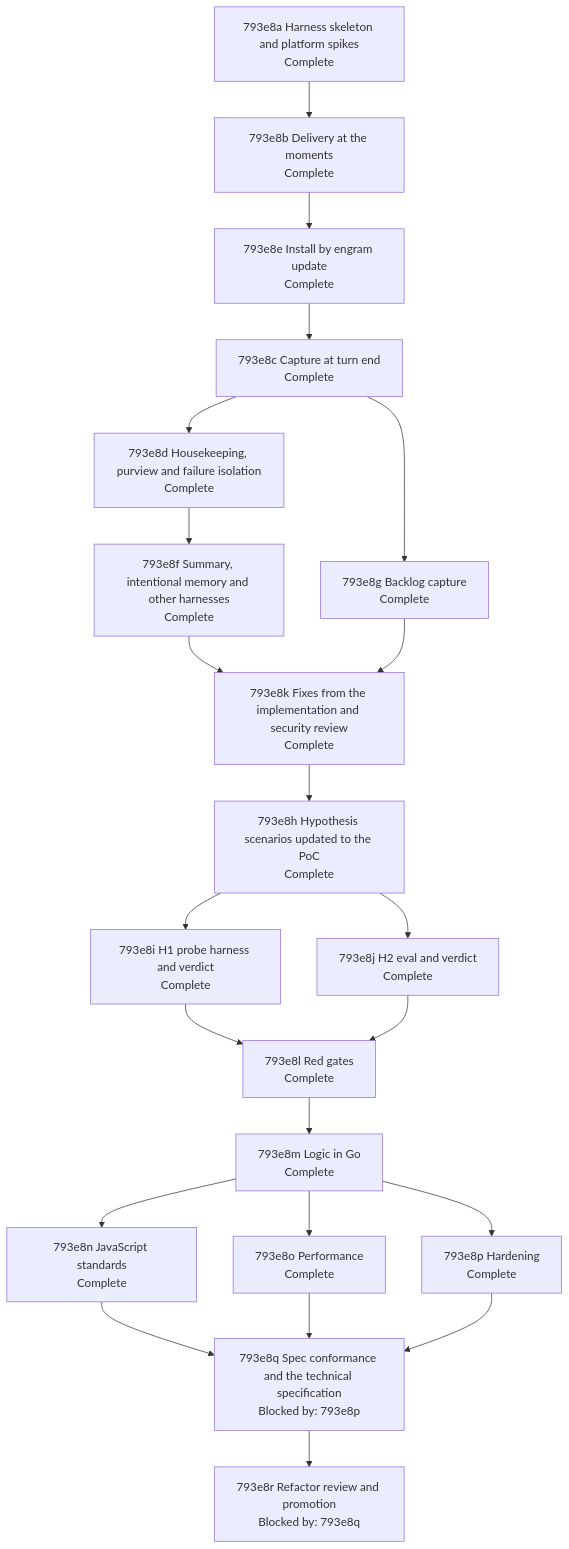
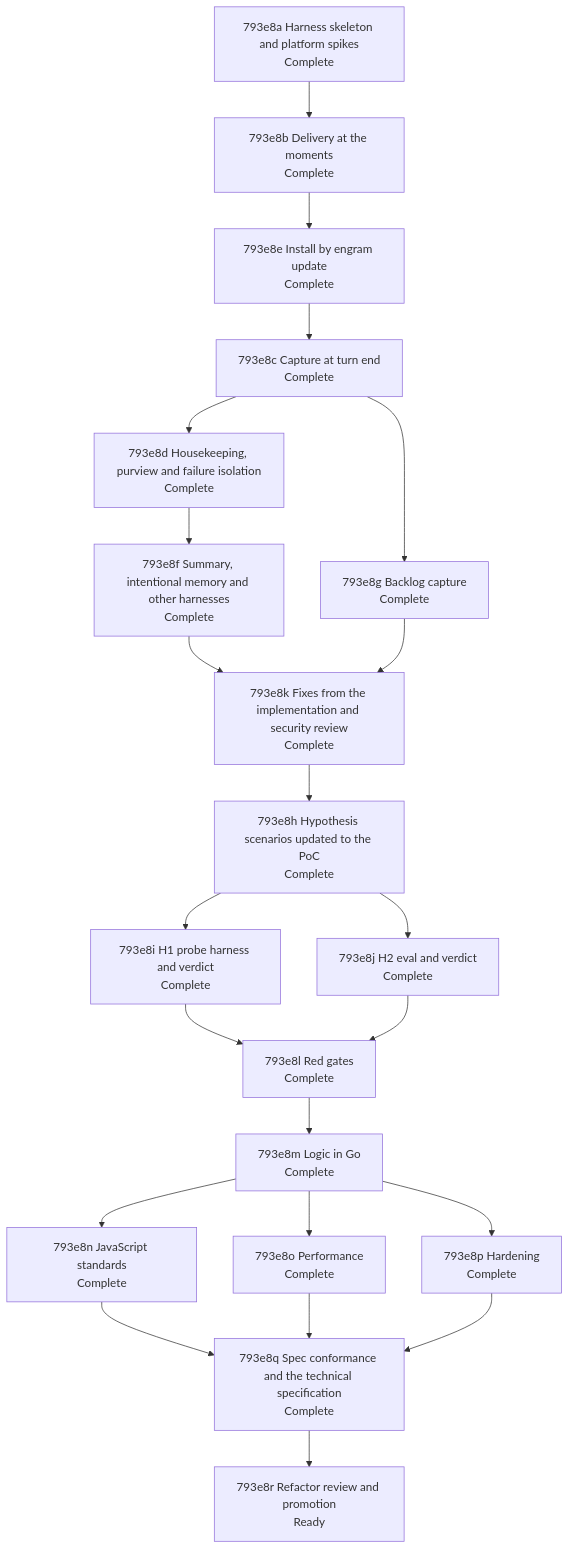
The diagram in docs/changes/793_parallel-memory-agent/793e_implementation-plan.md (toejough/engram), drawn with Mermaid before and after one commit. The commit also changed other lines of this file and 2 other files, not shown here.

First line of the commit message:
docs(793e8q): node 793e8q complete; the supports of each requirement, the traceability table and the numbers

````diff
--- a/docs/changes/793_parallel-memory-agent/793e_implementation-plan.md
+++ b/docs/changes/793_parallel-memory-agent/793e_implementation-plan.md
@@ -219,40 +219,40 @@
 ```mermaid
 flowchart TD
   n793e8a["793e8a Harness skeleton and platform spikes<br/>Complete"]
   n793e8b["793e8b Delivery at the moments<br/>Complete"]
   n793e8e["793e8e Install by engram update<br/>Complete"]
   n793e8c["793e8c Capture at turn end<br/>Complete"]
   n793e8d["793e8d Housekeeping, purview and failure isolation<br/>Complete"]
   n793e8g["793e8g Backlog capture<br/>Complete"]
   n793e8f["793e8f Summary, intentional memory and other harnesses<br/>Complete"]
   n793e8k["793e8k Fixes from the implementation and security review<br/>Complete"]
   n793e8h["793e8h Hypothesis scenarios updated to the PoC<br/>Complete"]
   n793e8i["793e8i H1 probe harness and verdict<br/>Complete"]
   n793e8j["793e8j H2 eval and verdict<br/>Complete"]
   n793e8l["793e8l Red gates<br/>Complete"]
   n793e8m["793e8m Logic in Go<br/>Complete"]
   n793e8n["793e8n JavaScript standards<br/>Complete"]
   n793e8o["793e8o Performance<br/>Complete"]
   n793e8p["793e8p Hardening<br/>Complete"]
-  n793e8q["793e8q Spec conformance and the technical specification<br/>Blocked by: 793e8p"]
-  n793e8r["793e8r Refactor review and promotion<br/>Blocked by: 793e8q"]
+  n793e8q["793e8q Spec conformance and the technical specification<br/>Complete"]
+  n793e8r["793e8r Refactor review and promotion<br/>Ready"]
   n793e8a --> n793e8b --> n793e8e --> n793e8c
   n793e8c --> n793e8d
   n793e8c --> n793e8g
   n793e8d --> n793e8f
   n793e8f --> n793e8k
   n793e8g --> n793e8k
   n793e8k --> n793e8h
   n793e8h --> n793e8i
   n793e8h --> n793e8j
   n793e8i --> n793e8l
   n793e8j --> n793e8l
   n793e8l --> n793e8m
   n793e8m --> n793e8n
   n793e8m --> n793e8o
   n793e8m --> n793e8p
   n793e8n --> n793e8q
   n793e8o --> n793e8q
   n793e8p --> n793e8q
   n793e8q --> n793e8r
 ```
````
